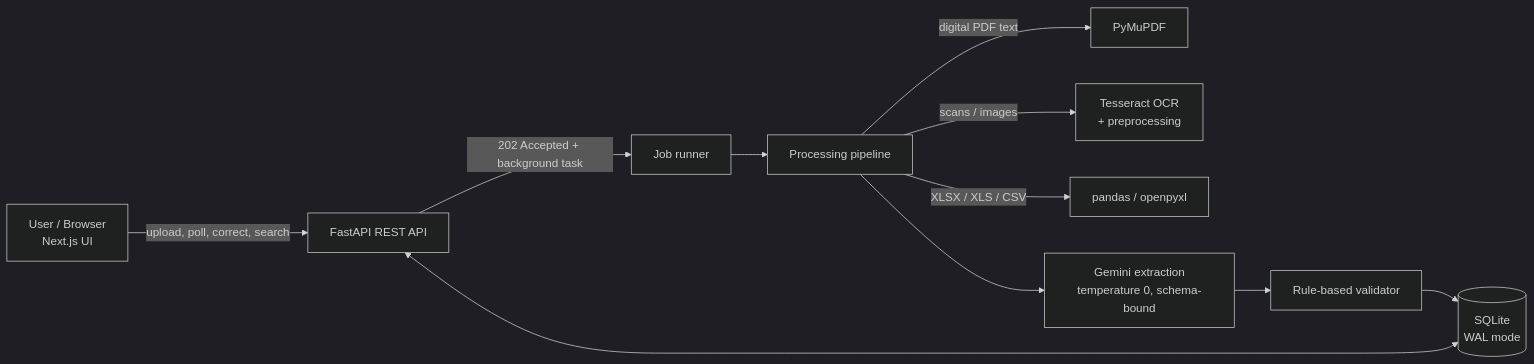
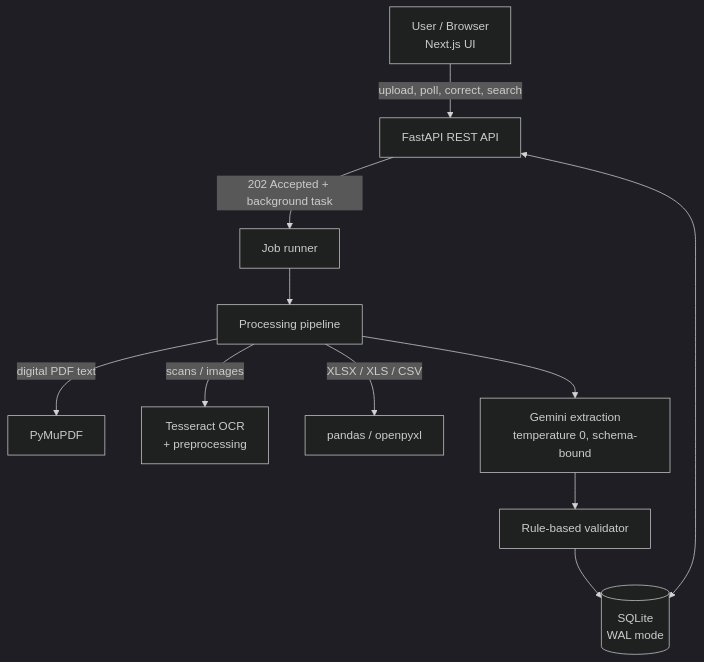
One commit to talib26-lab/document-intelligence-system changed the diagram in README.md. Above: the diagram before and after it, drawn with Mermaid (dark theme).

Commit message:
Make architecture diagram vertical for readability

````diff
--- a/README.md
+++ b/README.md
@@ -19,13 +19,13 @@
 ```mermaid
-flowchart LR
+flowchart TD
     U[User / Browser<br/>Next.js UI] -->|upload, poll, correct, search| API[FastAPI REST API]
     API -->|202 Accepted + background task| JOB[Job runner]
     API <--> DB[(SQLite<br/>WAL mode)]
     JOB --> PROC[Processing pipeline]
     PROC -->|digital PDF text| PDF[PyMuPDF]
     PROC -->|scans / images| OCR[Tesseract OCR<br/>+ preprocessing]
     PROC -->|XLSX / XLS / CSV| SHEET[pandas / openpyxl]
     PROC --> EXT[Gemini extraction<br/>temperature 0, schema-bound]
     EXT --> VAL[Rule-based validator]
     VAL --> DB
 ```
````
